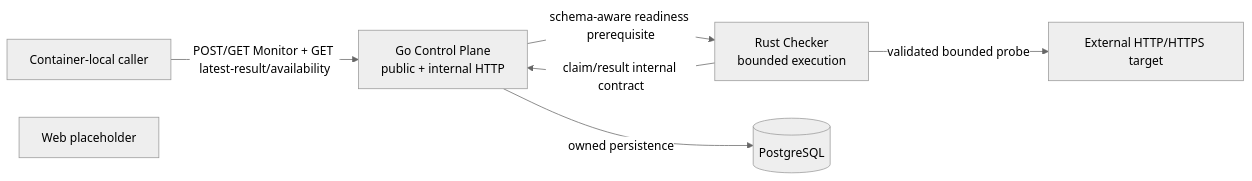
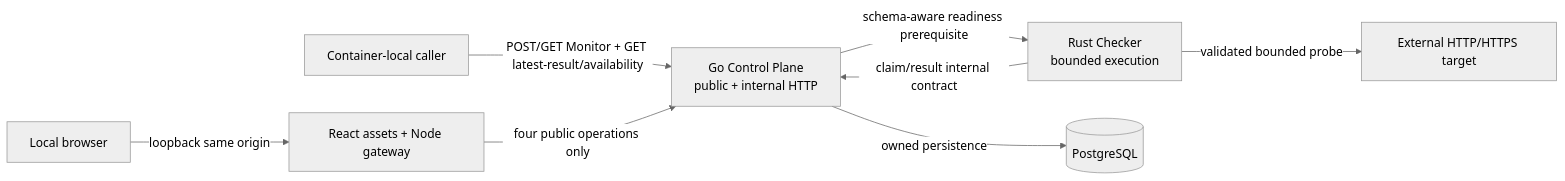
One commit to kefyusuf/uptime-lab changed the diagram in docs/architecture/container-view.md. Above: the diagram before and after it, drawn with Mermaid (neutral theme). The commit also changed other lines of this file and 94 other files, not shown here.

First line of the commit message:
feat(web): add local monitoring browser journey (#51)

```diff
--- a/docs/architecture/container-view.md
+++ b/docs/architecture/container-view.md
@@ -92,15 +94,18 @@
 ~~~mermaid
 flowchart LR
     Caller["Container-local caller"]
-    Web[Web placeholder]
+    Browser[Local browser]
+    Web[React assets + Node gateway]
     Go["Go Control Plane<br/>public + internal HTTP"]
     Checker["Rust Checker<br/>bounded execution"]
     DB[(PostgreSQL)]
     Target["External HTTP/HTTPS target"]
 
     Caller -->|POST/GET Monitor + GET latest-result/availability| Go
+    Browser -->|loopback same origin| Web
+    Web -->|four public operations only| Go
     Checker -->|claim/result internal contract| Go
     Go -->|owned persistence| DB
     Checker -->|validated bounded probe| Target
     Go -->|schema-aware readiness prerequisite| Checker
 ~~~
```
